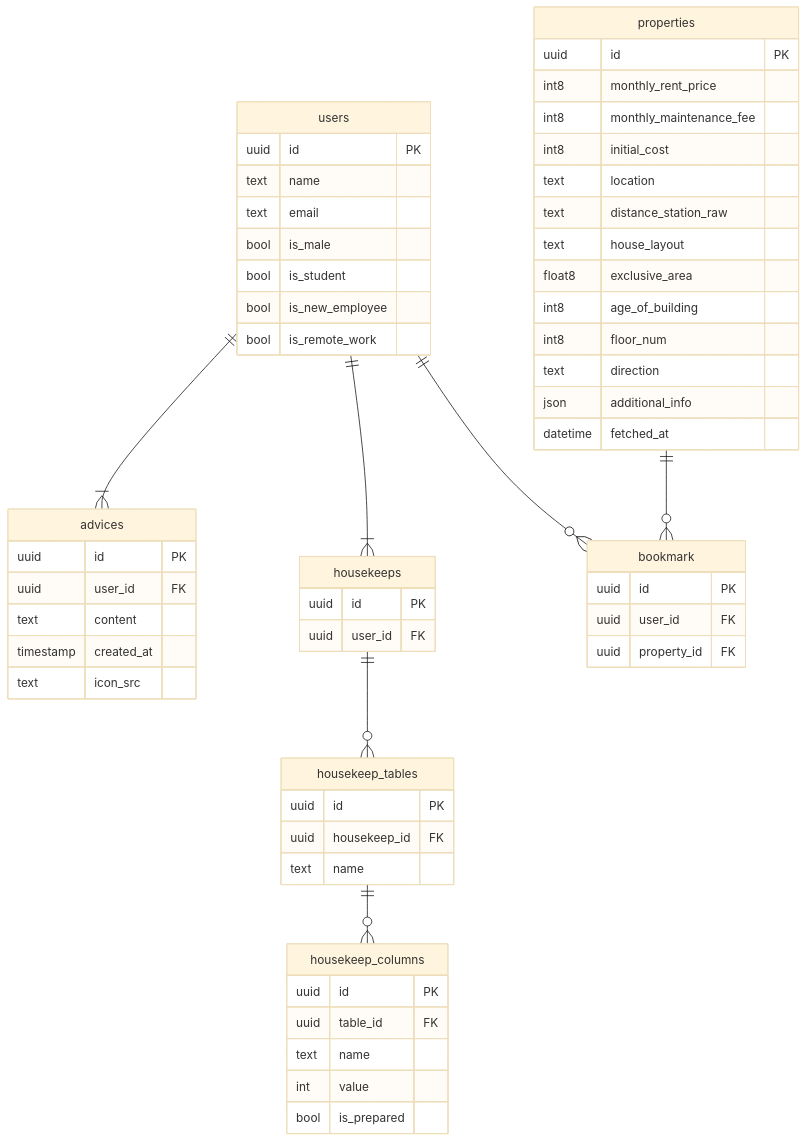
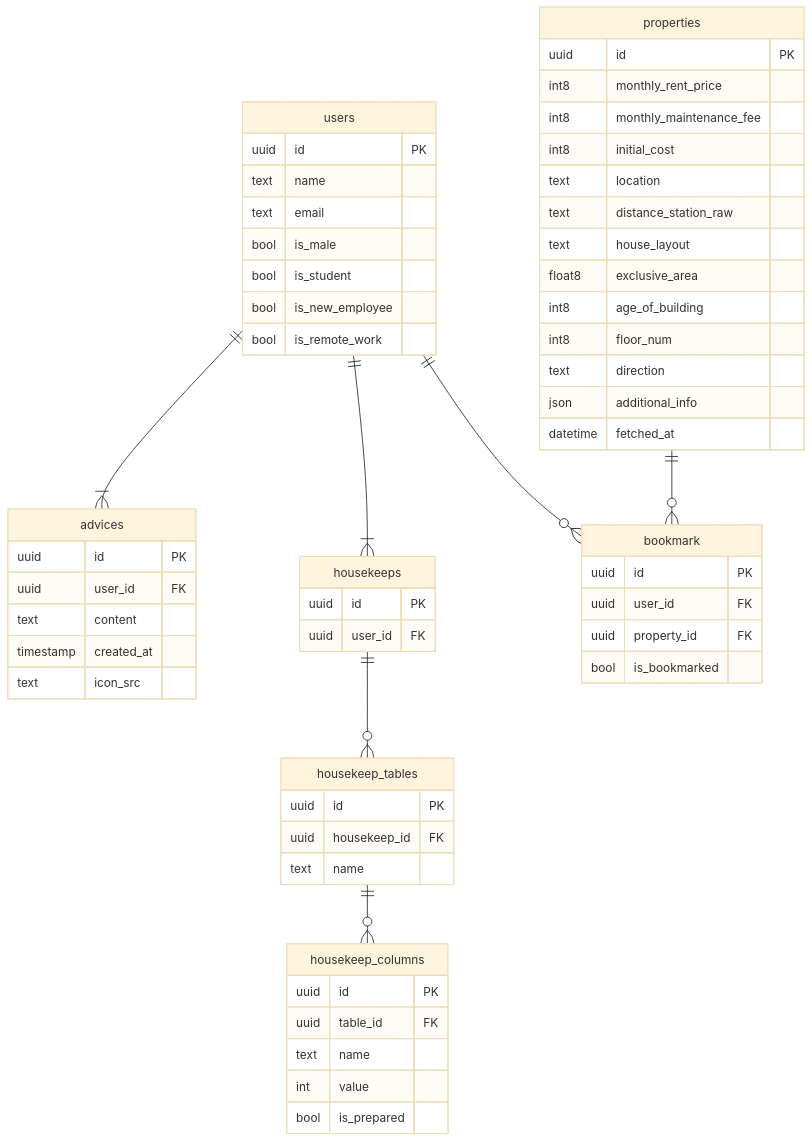
The diagram in docs/ER.md (project-hikkoshiori/hikkoshiori), drawn with Mermaid (base theme) before and after one commit. The commit also changed 2 other files, not shown here.

Commit message:
update bookmark db

````diff
--- a/docs/ER.md
+++ b/docs/ER.md
@@ -1,71 +1,72 @@
 ```mermaid
 erDiagram
 
     users ||--|{ advices: ""
     users ||--|{ housekeeps: ""
     users ||--o{ bookmark: ""
     housekeeps ||--o{ housekeep_tables: ""
     housekeep_tables ||--o{ housekeep_columns: ""
     properties ||--o{ bookmark: ""
 
     users {
         uuid id PK
         text name
         text email
         bool is_male
         bool is_student
         bool is_new_employee
         bool is_remote_work
     }
 
     advices {
         uuid id PK
         uuid user_id FK
         text content
         timestamp created_at
         text icon_src
     }
 
     housekeeps {
         uuid id PK
         uuid user_id FK
     }
 
     housekeep_tables {
         uuid id PK
         uuid housekeep_id FK
         text name
     }
 
     housekeep_columns {
         uuid id PK
         uuid table_id FK
         text name
         int value
         bool is_prepared
     }
 
 
     bookmark{
         uuid id PK
         uuid user_id FK
         uuid property_id FK
+        bool is_bookmarked
     }
 
     properties{
         uuid id PK
         int8 monthly_rent_price
         int8 monthly_maintenance_fee
         int8 initial_cost
         text location
         text distance_station_raw
         text house_layout
         float8 exclusive_area
         int8 age_of_building
         int8 floor_num
         text direction
         json additional_info
         datetime fetched_at
     }
 
 ```
````
